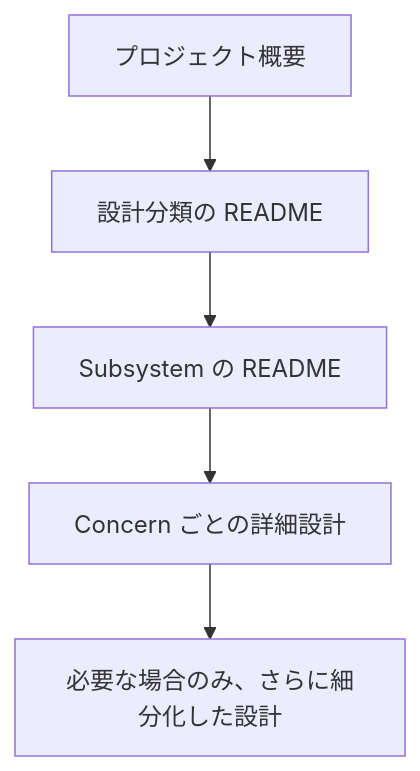
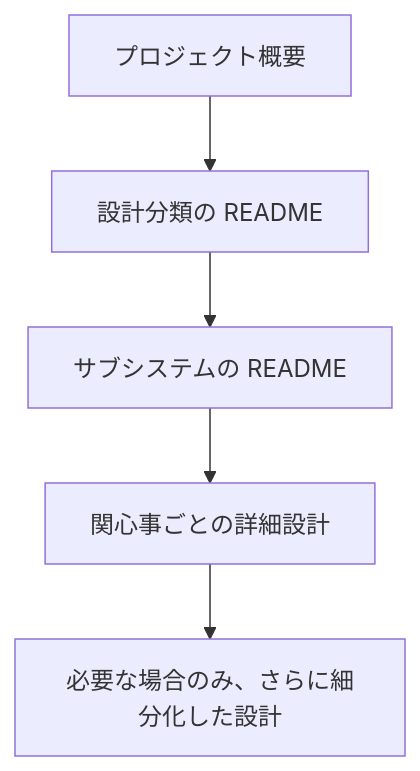
The second of 3 diagrams in docs/README.md (ojiverse/datawarehouse), drawn with Mermaid before and after one commit. The commit also changed other lines of this file and 3 other files, not shown here.

````diff
--- a/docs/README.md
+++ b/docs/README.md
@@ -74,13 +74,13 @@
 ```mermaid
 flowchart TD
     A[プロジェクト概要]
     B[設計分類の README]
-    C[Subsystem の README]
-    D[Concern ごとの詳細設計]
+    C[サブシステムの README]
+    D[関心事ごとの詳細設計]
     E[必要な場合のみ、さらに細分化した設計]
 
     A --> B
     B --> C
     C --> D
     D --> E
 ```
````
